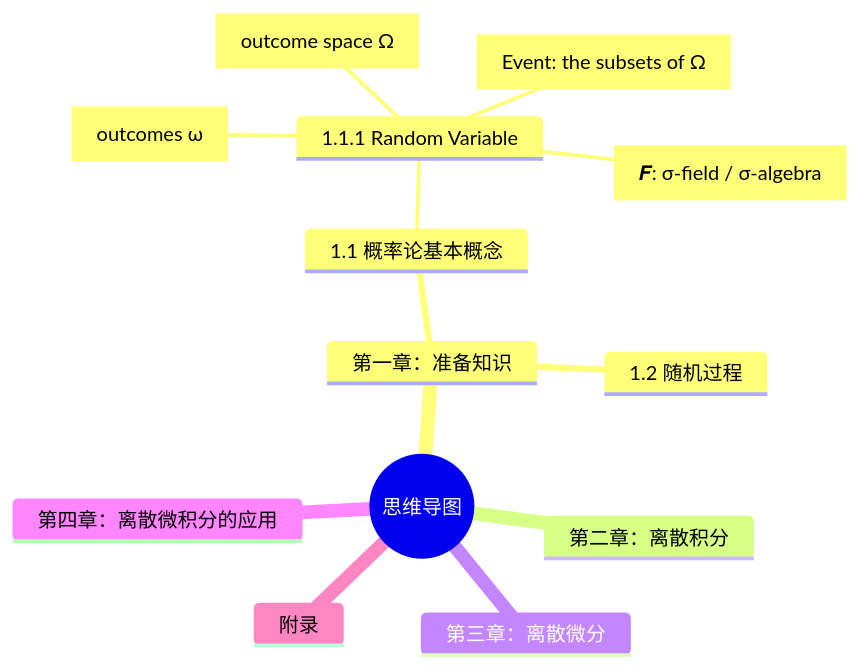
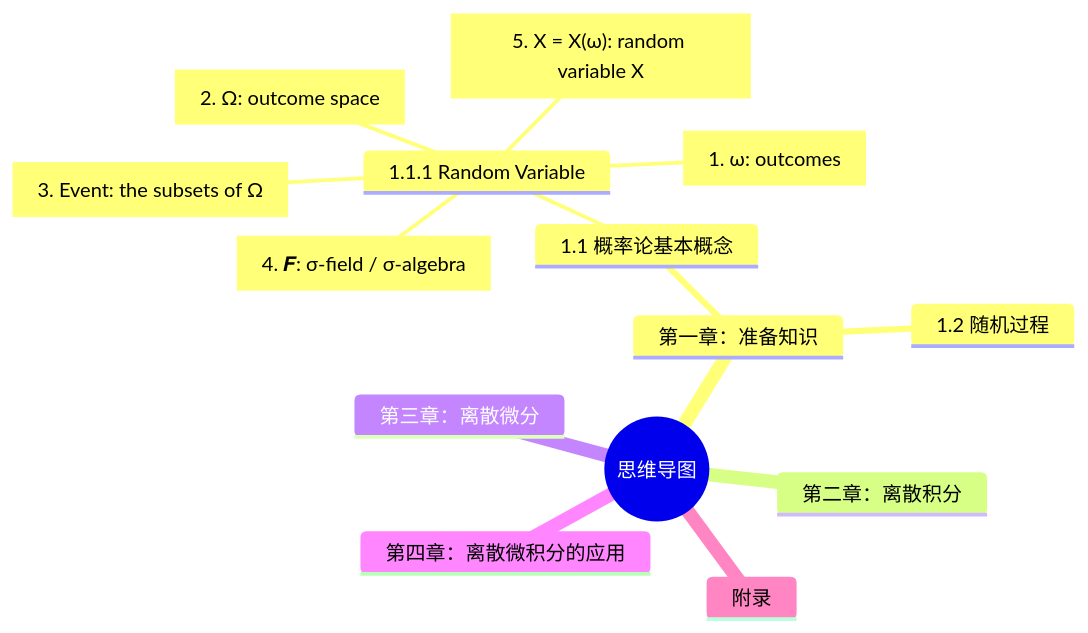
Before and after one commit to damonYuan/gitbook: the diagram in math/230715-stochastic-calculus.md, drawn with Mermaid.

````diff
--- a/math/230715-stochastic-calculus.md
+++ b/math/230715-stochastic-calculus.md
@@ -11,17 +11,18 @@
 ```mermaid
 mindmap
   root((思维导图))
     第一章：准备知识 
       1.1 概率论基本概念
         1.1.1 Random Variable
-            id1111["`outcomes ω`"]
-            id1112["`outcome space Ω`"]
-            id1113["`Event: the subsets of Ω`"]
-            id1114["`𝑭: σ-field / σ-algebra`"]
+            id1111["`1. ω: outcomes`"]
+            id1112["`2. Ω: outcome space`"]
+            id1113["`3. Event: the subsets of Ω`"]
+            id1114["`4. 𝑭: σ-field / σ-algebra`"]
+            id1115["`5. X = X(ω): random variable X`"]
       1.2 随机过程
     第二章：离散积分
     第三章：离散微分
     第四章：离散微积分的应用
     附录
  
 ```
````
